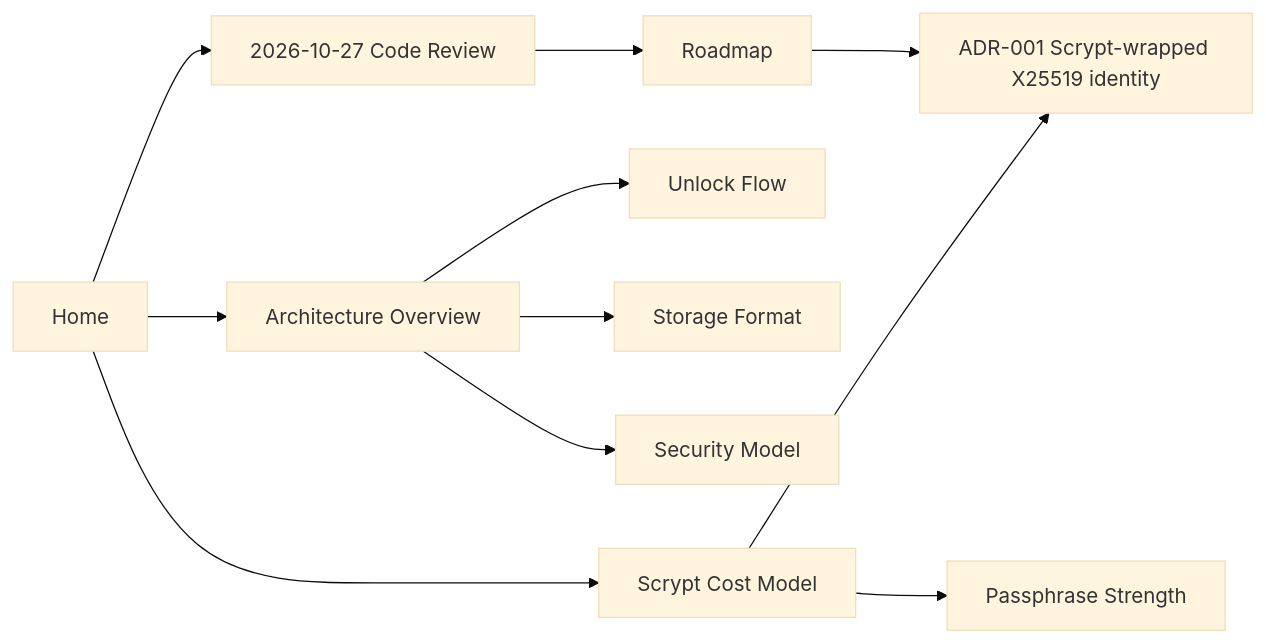
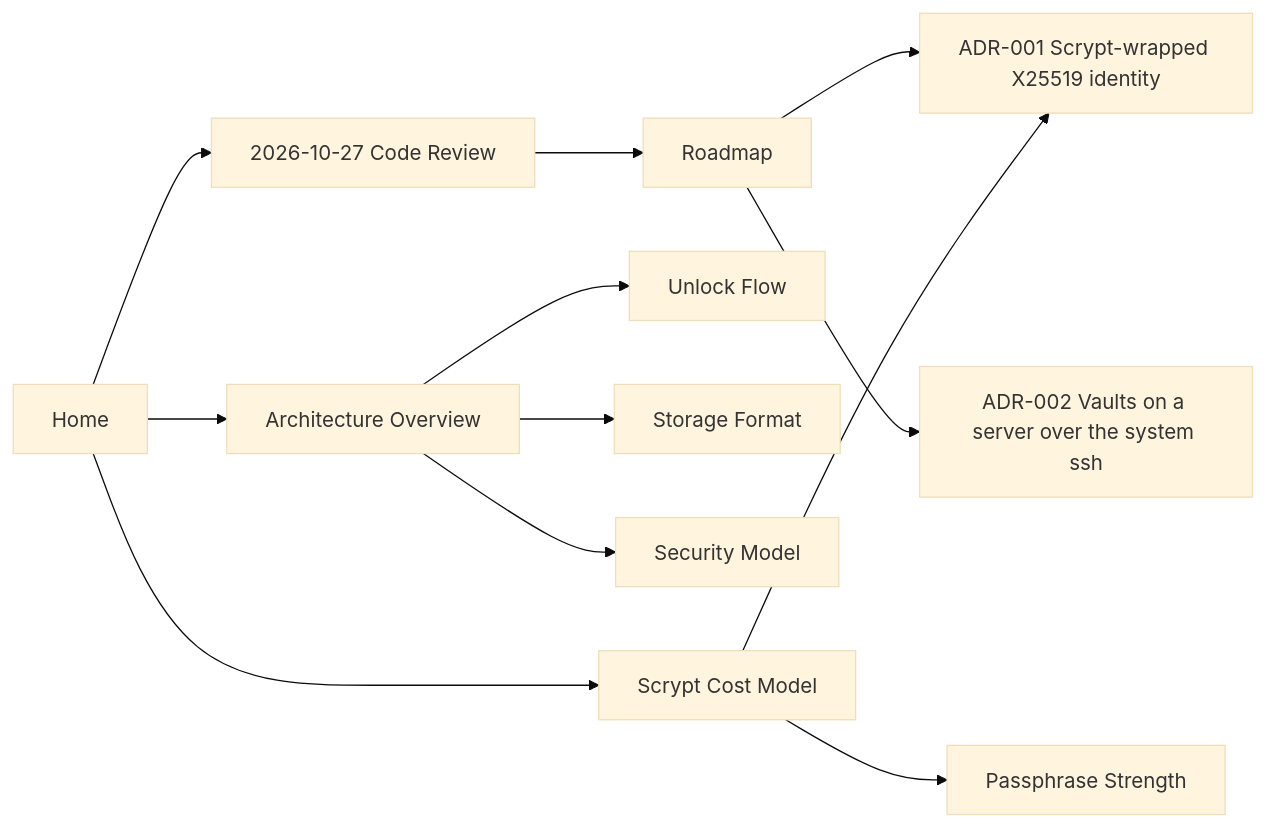
Before and after one commit to heyjdp/vlt: the diagram in vault-vlt/Home.md, drawn with Mermaid (base theme). The commit also changed other lines of this file and 49 other files, not shown here.

````diff
--- a/vault-vlt/Home.md
+++ b/vault-vlt/Home.md
@@ -22,15 +22,16 @@
 ```mermaid
 graph LR
     Home --> Arch["`Architecture Overview`"]
     Home --> Review["`2026-10-27 Code Review`"]
     Home --> Maths["`Scrypt Cost Model`"]
     Arch --> Unlock["`Unlock Flow`"]
     Arch --> Storage["`Storage Format`"]
     Arch --> Sec["`Security Model`"]
     Review --> Roadmap["`Roadmap`"]
     Roadmap --> ADR["`ADR-001 Scrypt-wrapped X25519 identity`"]
+    Roadmap --> ADR2["`ADR-002 Vaults on a server over the system ssh`"]
     Maths --> ADR
     Maths --> Pass["`Passphrase Strength`"]
 
-    class Arch,Review,Roadmap,Maths,Unlock,Storage,Sec,ADR,Pass internal-link;
+    class Arch,Review,Roadmap,Maths,Unlock,Storage,Sec,ADR,ADR2,Pass internal-link;
 ```
````
